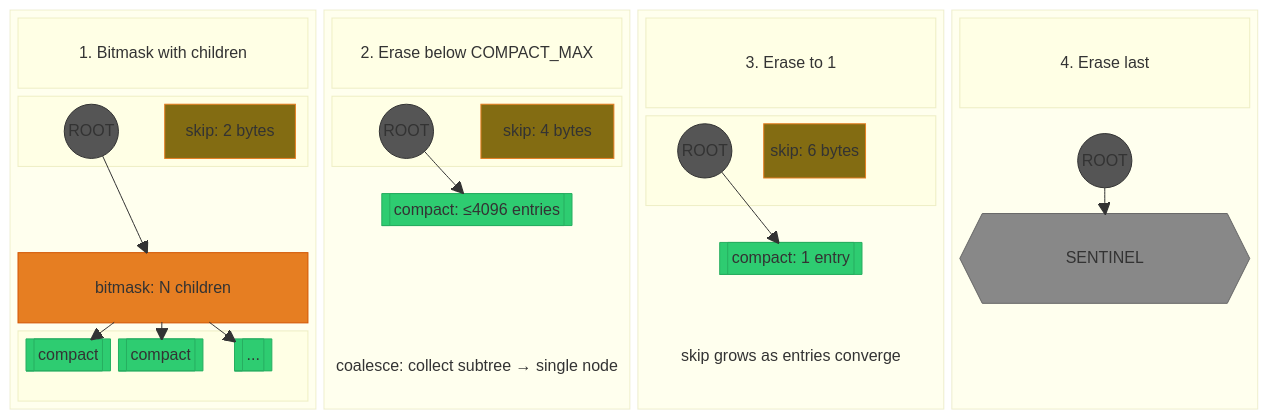
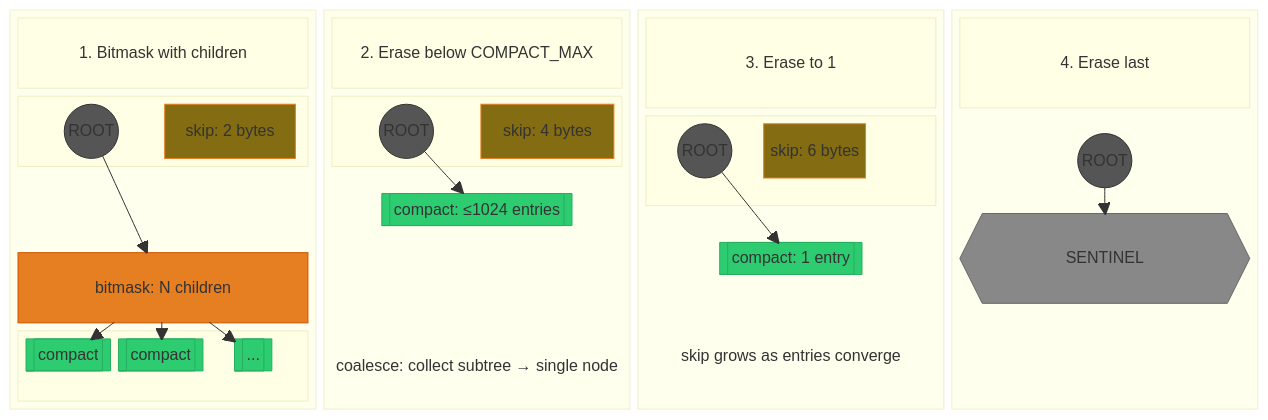
Before and after one commit to glennteitelbaum/KTRIE: diagram 18 of 19 in ktrie.md, drawn with Mermaid. The commit also changed other lines of this file and 11 other files, not shown here.

```diff
--- a/ktrie.md
+++ b/ktrie.md
@@ -2305,7 +2301,7 @@
       s2_root(("ROOT"))
       s2_skip["skip: 4 bytes"]
     end
-    s2_leaf[["compact: ≤4096 entries"]]
+    s2_leaf[["compact: ≤1024 entries"]]
     space
     s2_note["coalesce: collect subtree → single node"]
     s2_root --> s2_leaf
```
